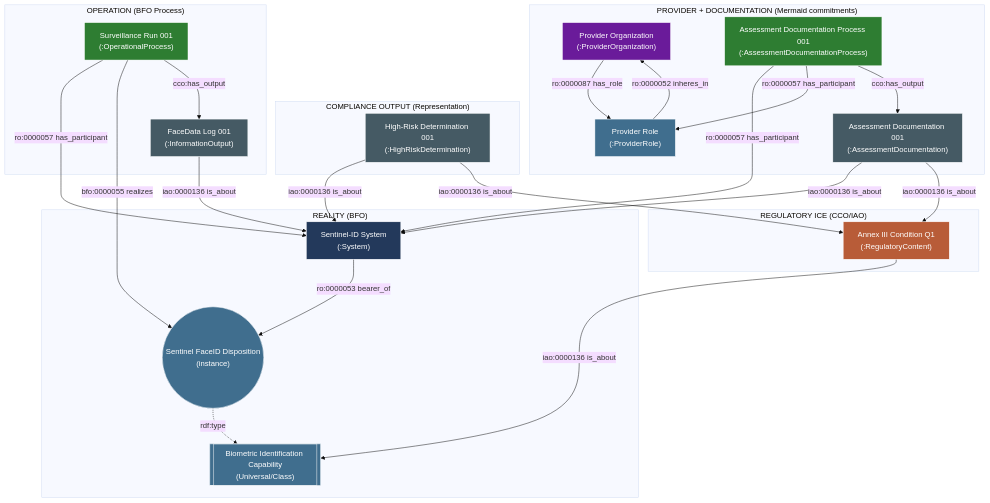
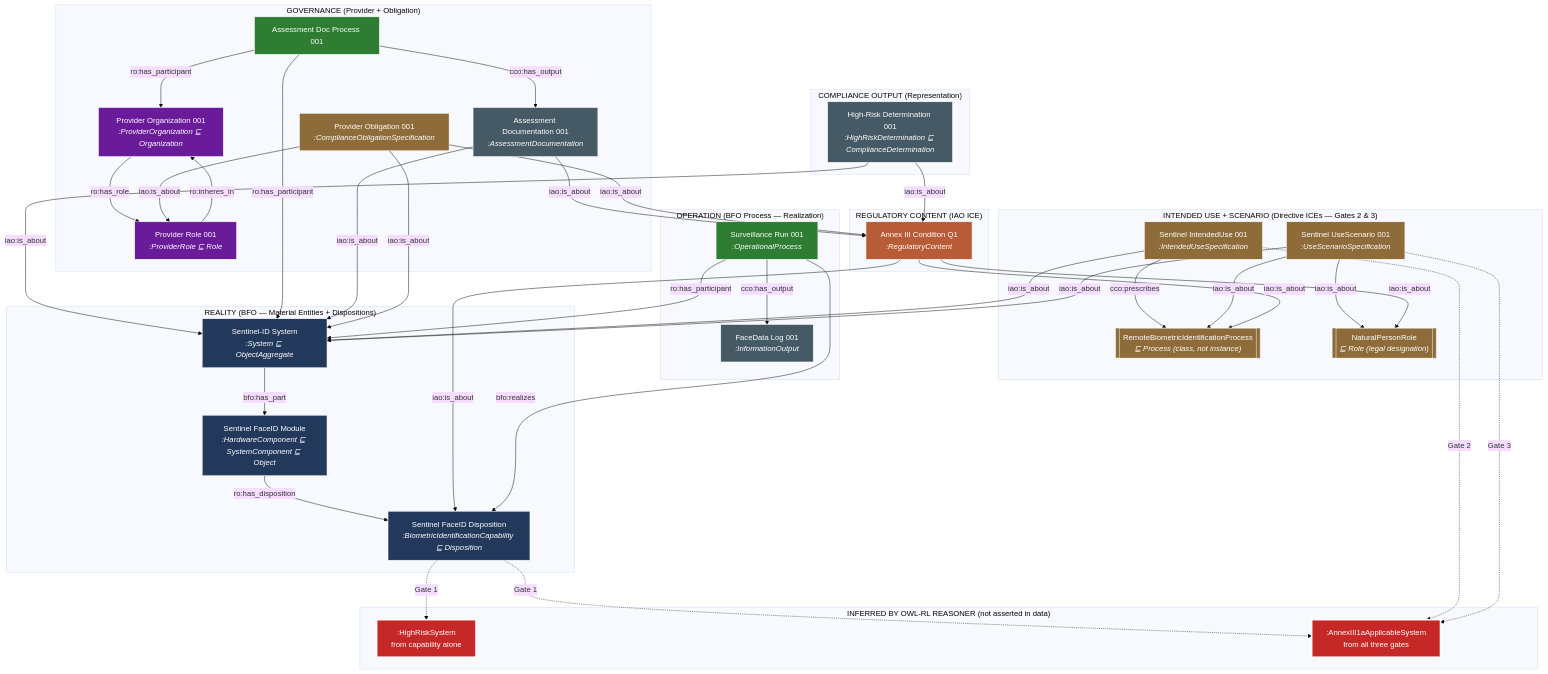
Before and after one commit to Amosk21/ARCO: the diagram in 04_DIAGRAMS_AND_MODELS/article6_defense_model_mermaid_aligned_v3.mmd, drawn with Mermaid (base theme). The commit also changed 3 other files, not shown here.

First line of the commit message:
Rebuild mermaid diagrams: accurate instance graph, three-gate classification, pipeline flow

```diff
--- a/04_DIAGRAMS_AND_MODELS/article6_defense_model_mermaid_aligned_v3.mmd
+++ b/04_DIAGRAMS_AND_MODELS/article6_defense_model_mermaid_aligned_v3.mmd
@@ -1,51 +1,79 @@
 flowchart TD
-  classDef universal fill:#406E8E,stroke:#fff,color:#fff
+  classDef reality fill:#23395B,stroke:#fff,color:#fff
   classDef ice fill:#B85C38,stroke:#fff,color:#fff
-  classDef system fill:#23395B,stroke:#fff,color:#fff
+  classDef directive fill:#8E6C3A,stroke:#fff,color:#fff
   classDef process fill:#2E7D32,stroke:#fff,color:#fff
   classDef org fill:#6A1B9A,stroke:#fff,color:#fff
   classDef doc fill:#455A64,stroke:#fff,color:#fff
+  classDef inferred fill:#C62828,stroke:#fff,color:#fff,stroke-width:3px
 
-  subgraph Reality["REALITY (BFO)"]
-    Sys["Sentinel-ID System<br>(:System)"]:::system
-    Disp(("Sentinel FaceID Disposition<br>(instance)")):::universal
-    BioCap[["Biometric Identification Capability<br>(Universal/Class)"]]:::universal
-    Sys -->|ro:0000053 bearer_of| Disp
-    Disp -.->|rdf:type| BioCap
+  subgraph Reality["REALITY (BFO — Material Entities + Dispositions)"]
+    Sys["Sentinel-ID System<br><i>:System ⊑ ObjectAggregate</i>"]:::reality
+    Module["Sentinel FaceID Module<br><i>:HardwareComponent ⊑ SystemComponent ⊑ Object</i>"]:::reality
+    Disp["Sentinel FaceID Disposition<br><i>:BiometricIdentificationCapability ⊑ Disposition</i>"]:::reality
+    Sys -->|"bfo:has_part"| Module
+    Module -->|"ro:has_disposition"| Disp
   end
 
-  subgraph Regulation["REGULATORY ICE (CCO/IAO)"]
-    Annex["Annex III Condition Q1<br>(:RegulatoryContent)"]:::ice
-    Annex -->|iao:0000136 is_about| BioCap
+  subgraph IntendedUse["INTENDED USE + SCENARIO (Directive ICEs — Gates 2 & 3)"]
+    IUS["Sentinel IntendedUse 001<br><i>:IntendedUseSpecification</i>"]:::directive
+    USS["Sentinel UseScenario 001<br><i>:UseScenarioSpecification</i>"]:::directive
+    ProcType[["RemoteBiometricIdentificationProcess<br><i>⊑ Process (class, not instance)</i>"]]:::directive
+    NatRole[["NaturalPersonRole<br><i>⊑ Role (legal designation)</i>"]]:::directive
+    IUS -->|"cco:prescribes"| ProcType
+    IUS -->|"iao:is_about"| Sys
+    USS -->|"iao:is_about"| Sys
+    USS -->|"iao:is_about"| ProcType
+    USS -->|"iao:is_about"| NatRole
   end
 
-  subgraph Operation["OPERATION (BFO Process)"]
-    Op["Surveillance Run 001<br>(:OperationalProcess)"]:::process
-    Op -->|ro:0000057 has_participant| Sys
-    Op -->|bfo:0000055 realizes| Disp
-    Out["FaceData Log 001<br>(:InformationOutput)"]:::doc
-    Op -->|cco:has_output| Out
-    Out -->|iao:0000136 is_about| Sys
+  subgraph Regulation["REGULATORY CONTENT (IAO ICE)"]
+    Annex["Annex III Condition Q1<br><i>:RegulatoryContent</i>"]:::ice
+    Annex -->|"iao:is_about"| Disp
+    Annex -->|"iao:is_about"| ProcType
+    Annex -->|"iao:is_about"| NatRole
+  end
+
+  subgraph Operation["OPERATION (BFO Process — Realization)"]
+    Op["Surveillance Run 001<br><i>:OperationalProcess</i>"]:::process
+    Out["FaceData Log 001<br><i>:InformationOutput</i>"]:::doc
+    Op -->|"ro:has_participant"| Sys
+    Op -->|"bfo:realizes"| Disp
+    Op -->|"cco:has_output"| Out
   end
 
   subgraph Compliance["COMPLIANCE OUTPUT (Representation)"]
-    Det["High-Risk Determination 001<br>(:HighRiskDetermination)"]:::doc
-    Det -->|iao:0000136 is_about| Sys
-    Det -->|iao:0000136 is_about| Annex
+    Det["High-Risk Determination 001<br><i>:HighRiskDetermination ⊑ ComplianceDetermination</i>"]:::doc
+    Det -->|"iao:is_about"| Sys
+    Det -->|"iao:is_about"| Annex
   end
 
-  subgraph Provider["PROVIDER + DOCUMENTATION (Mermaid commitments)"]
-    Org["Provider Organization<br>(:ProviderOrganization)"]:::org
-    Role["Provider Role<br>(:ProviderRole)"]:::universal
-    Org -->|ro:0000087 has_role| Role
-    Role -->|ro:0000052 inheres_in| Org
+  subgraph Provider["GOVERNANCE (Provider + Obligation)"]
+    Org["Provider Organization 001<br><i>:ProviderOrganization ⊑ Organization</i>"]:::org
+    Role["Provider Role 001<br><i>:ProviderRole ⊑ Role</i>"]:::org
+    Org -->|"ro:has_role"| Role
+    Role -->|"ro:inheres_in"| Org
 
-    DocProc["Assessment Documentation Process 001<br>(:AssessmentDocumentationProcess)"]:::process
-    DocProc -->|ro:0000057 has_participant| Sys
-    DocProc -->|ro:0000057 has_participant| Role
+    DocProc["Assessment Doc Process 001"]:::process
+    DocProc -->|"ro:has_participant"| Sys
+    DocProc -->|"ro:has_participant"| Org
+    DocA["Assessment Documentation 001<br><i>:AssessmentDocumentation</i>"]:::doc
+    DocProc -->|"cco:has_output"| DocA
+    DocA -->|"iao:is_about"| Sys
+    DocA -->|"iao:is_about"| Annex
 
-    Doc["Assessment Documentation 001<br>(:AssessmentDocumentation)"]:::doc
-    DocProc -->|cco:has_output| Doc
-    Doc -->|iao:0000136 is_about| Sys
-    Doc -->|iao:0000136 is_about| Annex
+    Obl["Provider Obligation 001<br><i>:ComplianceObligationSpecification</i>"]:::directive
+    Obl -->|"iao:is_about"| Sys
+    Obl -->|"iao:is_about"| Role
+    Obl -->|"iao:is_about"| Annex
   end
+
+  subgraph Inferred["INFERRED BY OWL-RL REASONER (not asserted in data)"]
+    HRS[":HighRiskSystem<br>from capability alone"]:::inferred
+    A3S[":AnnexIII1aApplicableSystem<br>from all three gates"]:::inferred
+  end
+
+  Disp -.->|"Gate 1"| HRS
+  Disp -.->|"Gate 1"| A3S
+  IUS -.->|"Gate 2"| A3S
+  USS -.->|"Gate 3"| A3S
```
